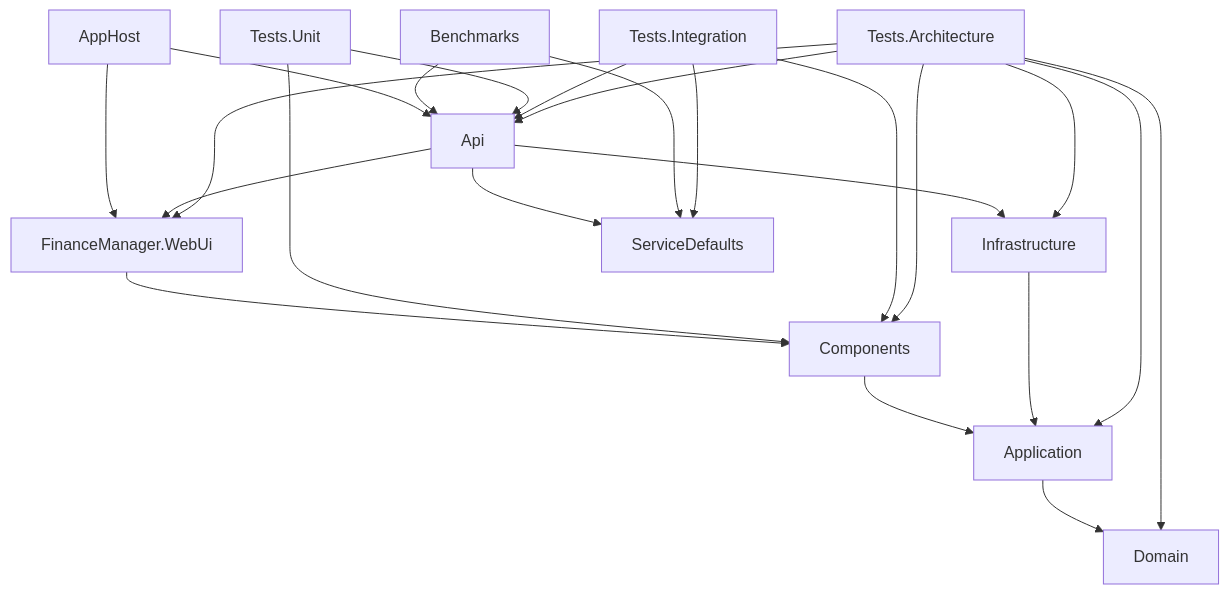
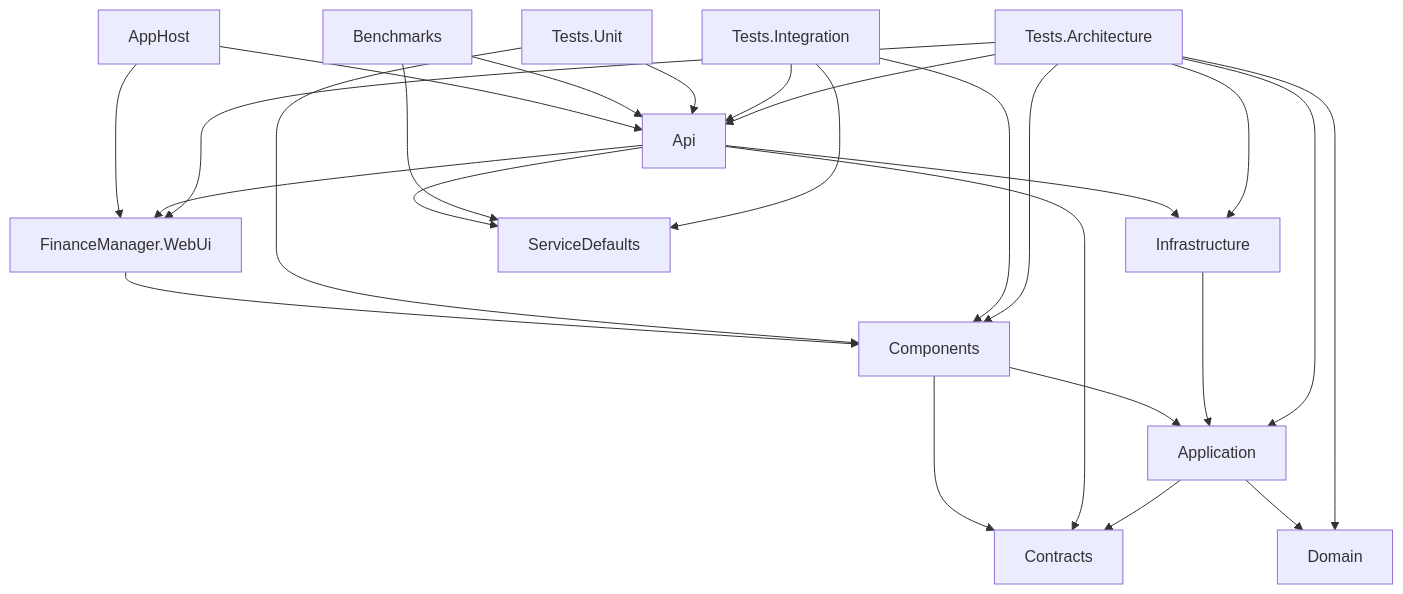
One commit to avresial/FinanceManager changed the diagram in docs/architecture/05-building-block-view.md. Above: the diagram before and after it, drawn with Mermaid. The commit also changed other lines of this file and 78 other files, not shown here.

Commit message:
Extract financial account API contracts from Domain #1111

````diff
--- a/docs/architecture/05-building-block-view.md
+++ b/docs/architecture/05-building-block-view.md
@@ -44,25 +45,28 @@
 ```mermaid
 flowchart TB
     AppHost --> Api
     AppHost --> WebUi
     Api --> Infrastructure
     Api --> WebUi
     Api --> Defaults[ServiceDefaults]
     WebUi[FinanceManager.WebUi] --> Components
+    Components --> Contracts
+    Api --> Contracts
     Components --> Application
     Infrastructure --> Application
+    Application --> Contracts
     Application --> Domain
     Benchmarks --> Api
     Benchmarks --> Defaults
     Unit[Tests.Unit] --> Api
     Unit --> Components
     Integration[Tests.Integration] --> Api
     Integration --> Components
     Integration --> Defaults
     Architecture[Tests.Architecture] --> Domain
     Architecture --> Application
     Architecture --> Infrastructure
     Architecture --> Api
     Architecture --> Components
     Architecture --> WebUi
 ```
````
